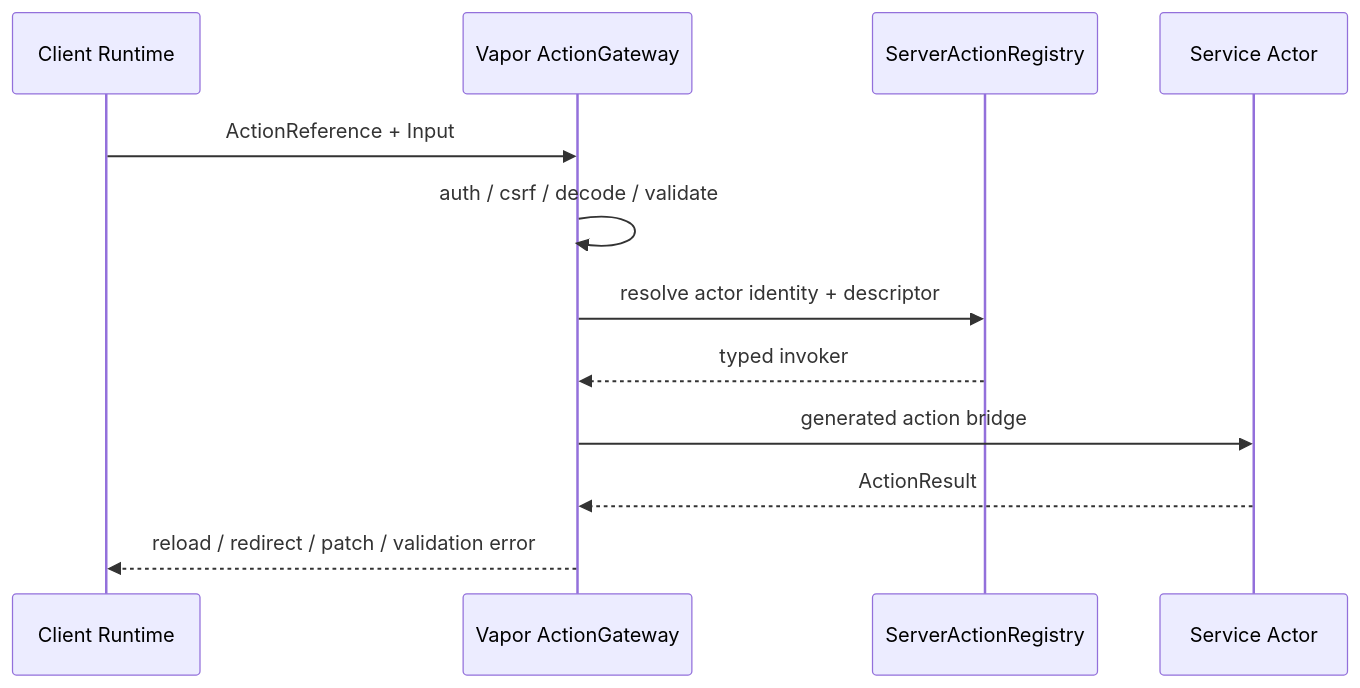
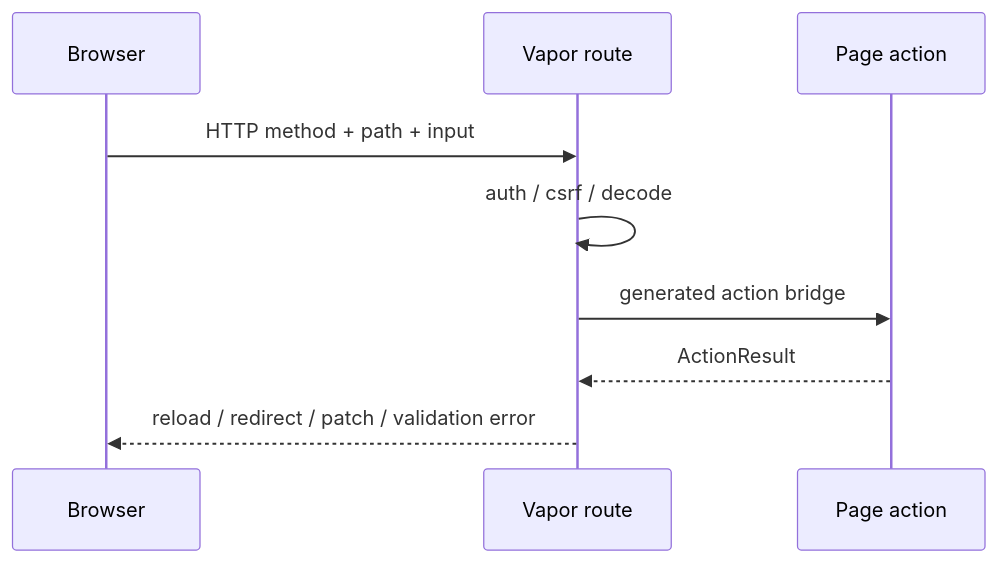
One commit to 1amageek/swift-web changed the tenth of 10 diagrams in Sources/SwiftWeb/README.md. Above: the diagram before and after it, drawn with Mermaid. The commit also changed other lines of this file and 354 other files, not shown here.

````diff
--- a/Sources/SwiftWeb/README.md
+++ b/Sources/SwiftWeb/README.md
@@ -457,15 +455,12 @@
 ```mermaid
 sequenceDiagram
-  participant C as Client Runtime
-  participant G as Vapor ActionGateway
-  participant R as ServerActionRegistry
-  participant A as Service Actor
+  participant C as Browser
+  participant G as Vapor route
+  participant A as Page action
 
-  C->>G: ActionReference + Input
-  G->>G: auth / csrf / decode / validate
-  G->>R: resolve actor identity + descriptor
-  R-->>G: typed invoker
+  C->>G: HTTP method + path + input
+  G->>G: auth / csrf / decode
   G->>A: generated action bridge
   A-->>G: ActionResult
   G-->>C: reload / redirect / patch / validation error
 ```
````
